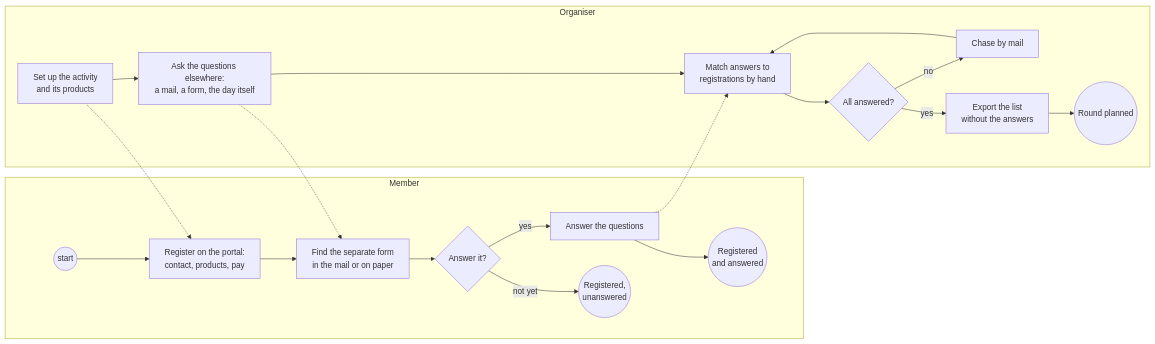
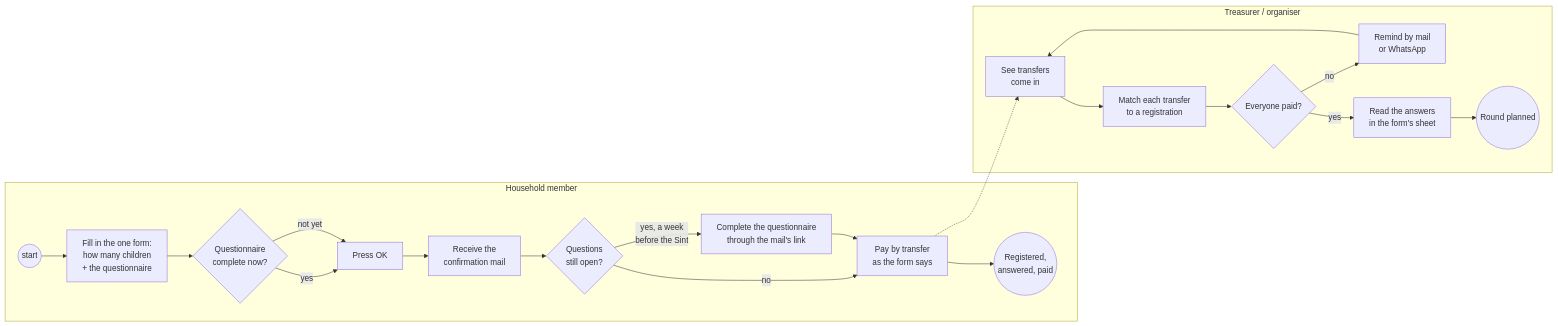
Before and after one commit to KoenRenders/KoenTest: the first of 5 diagrams in docs/change_request_14_registration_questions.md, drawn with Mermaid. The commit also changed other lines of this file, not shown here.

First line of the commit message:
docs(cr-14): A2 is the Google-Form process the platform has to equal, A3 the same on the platform with the treasurer lane (Koen's description, 29 September 2026)

````diff
--- a/docs/change_request_14_registration_questions.md
+++ b/docs/change_request_14_registration_questions.md
@@ -29,23 +31,24 @@
 ```mermaid
 flowchart LR
-  subgraph member["Member"]
-    m0((start)) --> m1[Register on the portal:<br/>contact, products, pay]
-    m1 --> m2[Find the separate form<br/>in the mail or on paper]
-    m2 --> m3{Answer it?}
-    m3 -- yes --> m4[Answer the questions]
-    m3 -- not yet --> m5((Registered,<br/>unanswered))
-    m4 --> m6((Registered<br/>and answered))
+  subgraph member["Household member"]
+    m0((start)) --> m1[Fill in the one form:<br/>how many children<br/>+ the questionnaire]
+    m1 --> m2{Questionnaire<br/>complete now?}
+    m2 -- yes --> m3[Press OK]
+    m2 -- not yet --> m3
+    m3 --> m4[Receive the<br/>confirmation mail]
+    m4 --> m5{Questions<br/>still open?}
+    m5 -- yes, a week<br/>before the Sint --> m6[Complete the questionnaire<br/>through the mail's link]
+    m5 -- no --> m7
+    m6 --> m7[Pay by transfer<br/>as the form says]
+    m7 --> m8((Registered,<br/>answered, paid))
   end
-  subgraph organiser["Organiser"]
-    o1[Set up the activity<br/>and its products] --> o2[Ask the questions elsewhere:<br/>a mail, a form, the day itself]
-    o2 --> o3[Match answers to<br/>registrations by hand]
-    o3 --> o4{All answered?}
-    o4 -- no --> o5[Chase by mail]
-    o5 --> o3
-    o4 -- yes --> o6[Export the list<br/>without the answers]
-    o6 --> o7((Round planned))
+  subgraph treasurer["Treasurer / organiser"]
+    t1[See transfers<br/>come in] --> t2[Match each transfer<br/>to a registration]
+    t2 --> t3{Everyone paid?}
+    t3 -- no --> t4[Remind by mail<br/>or WhatsApp]
+    t4 --> t1
+    t3 -- yes --> t5[Read the answers<br/>in the form's sheet]
+    t5 --> t6((Round planned))
   end
-  o1 -.-> m1
-  o2 -.-> m2
-  m4 -.-> o3
+  m7 -.-> t1
 ```
````
